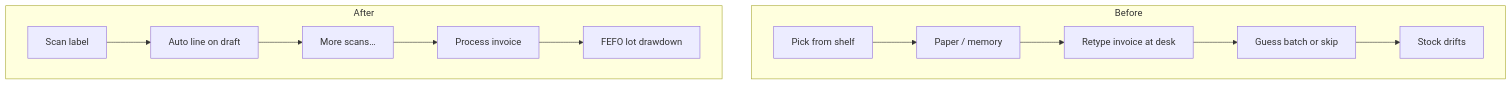
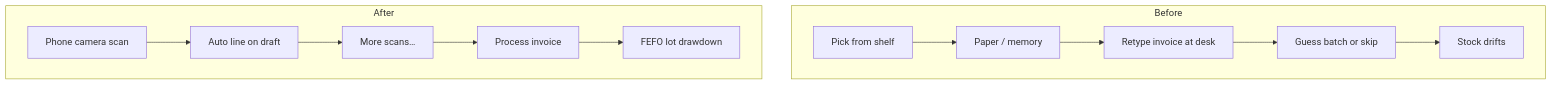
Before and after one commit to avinashbengaluru/ai-product-case-studies: the first of 2 diagrams in case-studies/02-scan-to-invoice-stock.md, drawn with Mermaid. The commit also changed other lines of this file and 6 other files, not shown here.

First line of the commit message:
Add phone-only scan illustrations to the stock case study.

````diff
--- a/case-studies/02-scan-to-invoice-stock.md
+++ b/case-studies/02-scan-to-invoice-stock.md
@@ -34,15 +66,15 @@
 ```mermaid
 flowchart TB
   subgraph before [Before]
     P1[Pick from shelf] --> P2[Paper / memory]
     P2 --> P3[Retype invoice at desk]
     P3 --> P4[Guess batch or skip]
     P4 --> P5[Stock drifts]
   end
   subgraph after [After]
-    Q1[Scan label] --> Q2[Auto line on draft]
+    Q1[Phone camera scan] --> Q2[Auto line on draft]
     Q2 --> Q3[More scans…]
     Q3 --> Q4[Process invoice]
     Q4 --> Q5[FEFO lot drawdown]
   end
 ```
````
